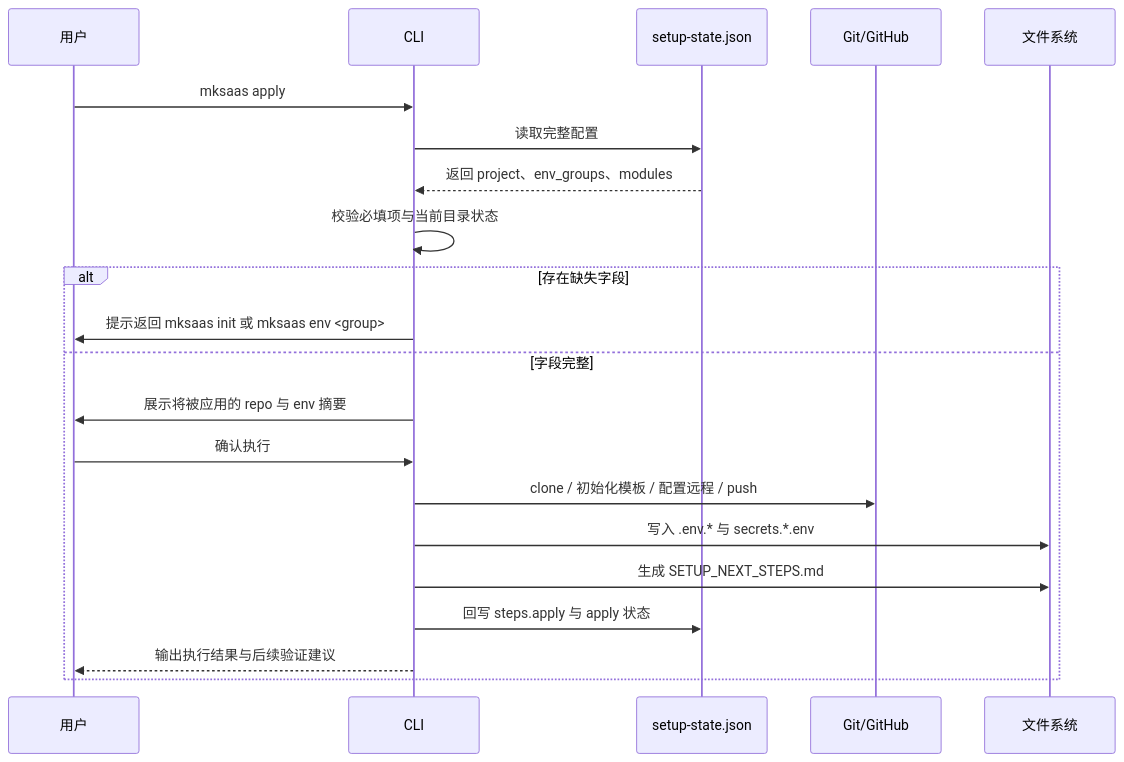
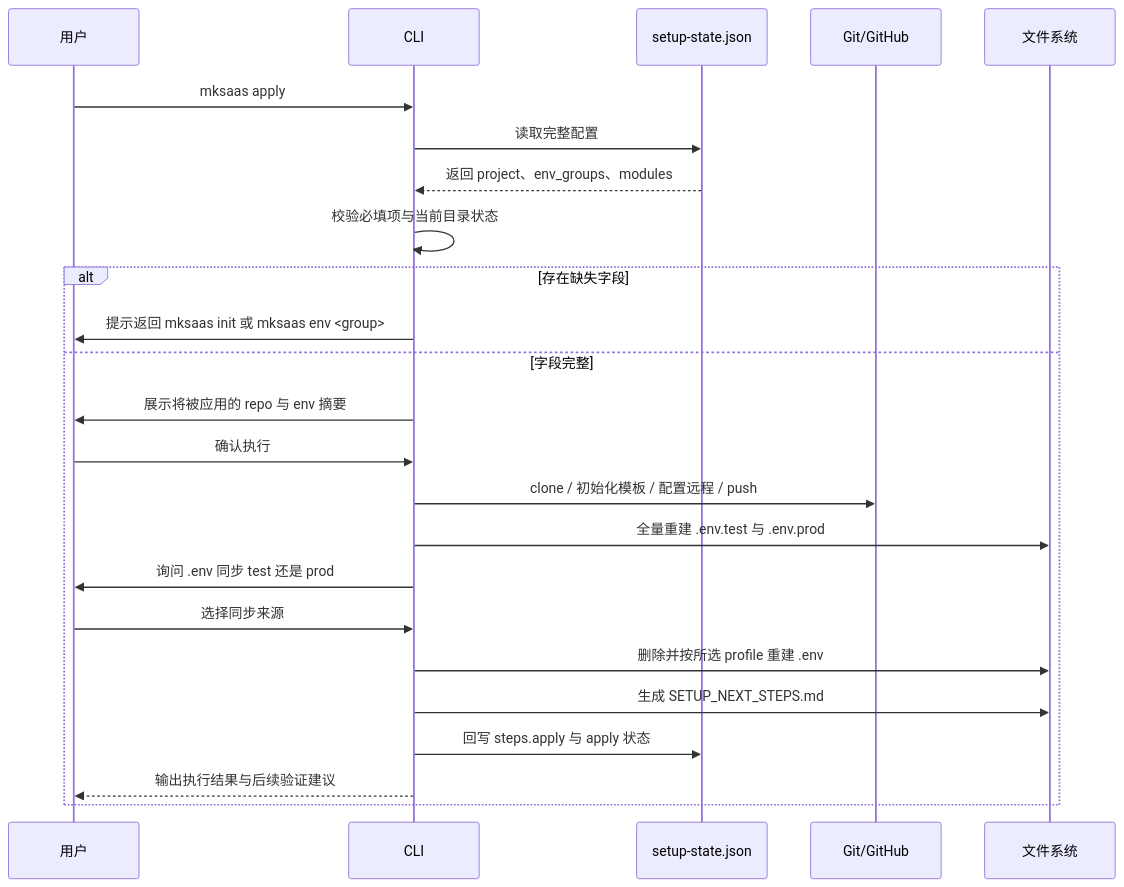
Before and after one commit to CaffeineOddity/mksaas_command: the second of 2 diagrams in docs/steps/02-apply.md, drawn with Mermaid. The commit also changed other lines of this file and 20 other files, not shown here.

````diff
--- a/docs/steps/02-apply.md
+++ b/docs/steps/02-apply.md
@@ -62,24 +63,27 @@
 ```mermaid
 sequenceDiagram
     participant U as 用户
     participant C as CLI
     participant J as setup-state.json
     participant G as Git/GitHub
     participant F as 文件系统
 
     U->>C: mksaas apply
     C->>J: 读取完整配置
     J-->>C: 返回 project、env_groups、modules
     C->>C: 校验必填项与当前目录状态
     alt 存在缺失字段
         C->>U: 提示返回 mksaas init 或 mksaas env <group>
     else 字段完整
         C->>U: 展示将被应用的 repo 与 env 摘要
         U->>C: 确认执行
         C->>G: clone / 初始化模板 / 配置远程 / push
-        C->>F: 写入 .env.* 与 secrets.*.env
+        C->>F: 全量重建 .env.test 与 .env.prod
+        C->>U: 询问 .env 同步 test 还是 prod
+        U->>C: 选择同步来源
+        C->>F: 删除并按所选 profile 重建 .env
         C->>F: 生成 SETUP_NEXT_STEPS.md
         C->>J: 回写 steps.apply 与 apply 状态
         C-->>U: 输出执行结果与后续验证建议
     end
 ```
````
